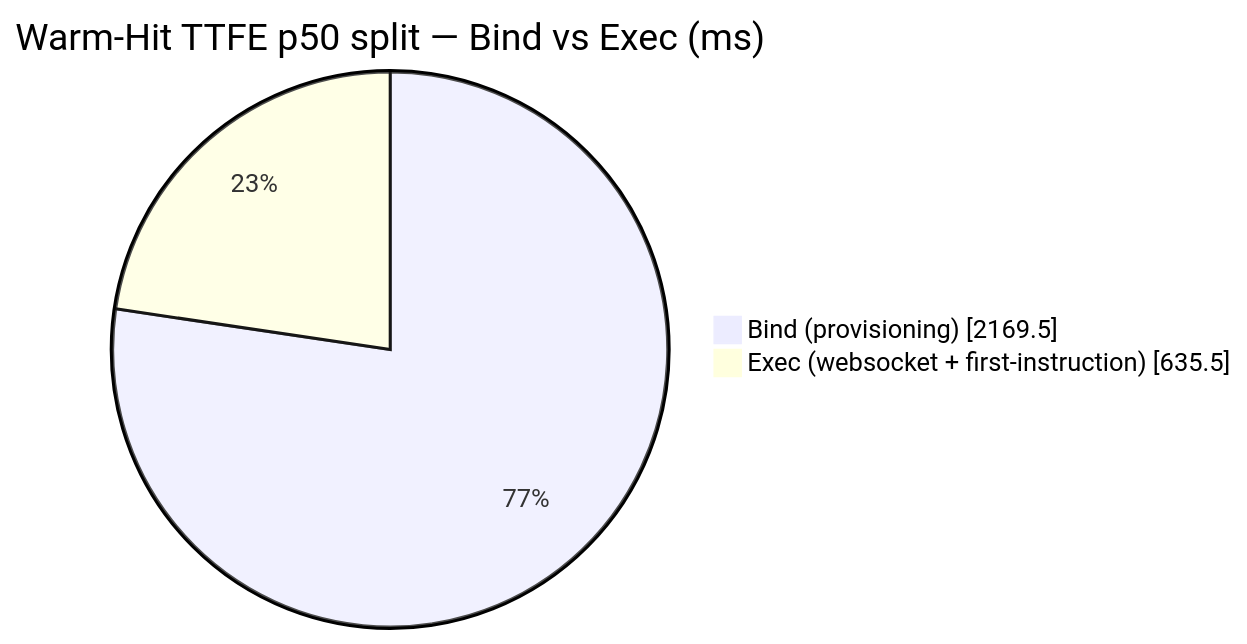
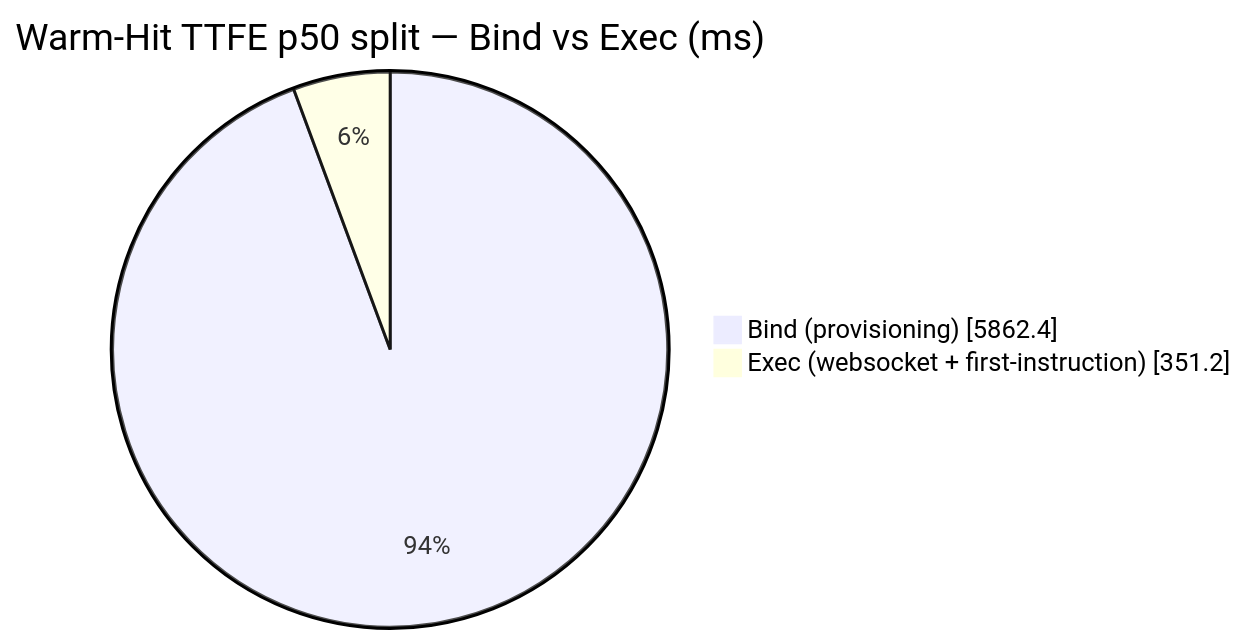
One commit to AlexBulankou/honest-bench changed the diagram in DETAILS.md. Above: the diagram before and after it, drawn with Mermaid. The commit also changed other lines of this file and 4 other files, not shown here.

````diff
--- a/DETAILS.md
+++ b/DETAILS.md
@@ -105,6 +106,6 @@
 ```mermaid
 pie showData
     title Warm-Hit TTFE p50 split — Bind vs Exec (ms)
-    "Bind (provisioning)" : 2169.5
-    "Exec (websocket + first-instruction)" : 635.5
+    "Bind (provisioning)" : 5862.4
+    "Exec (websocket + first-instruction)" : 351.2
 ```
````
